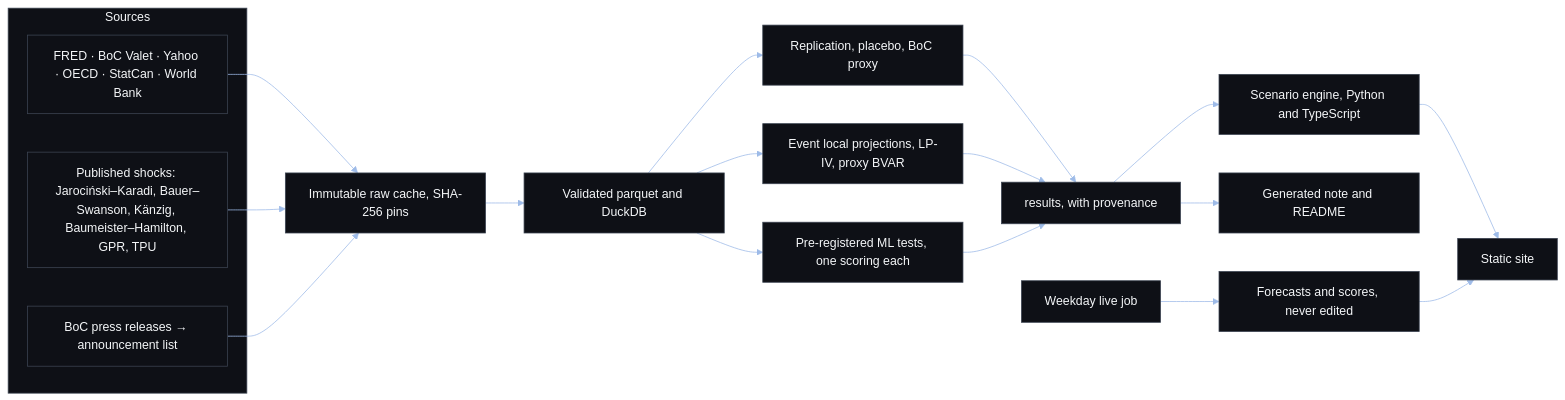
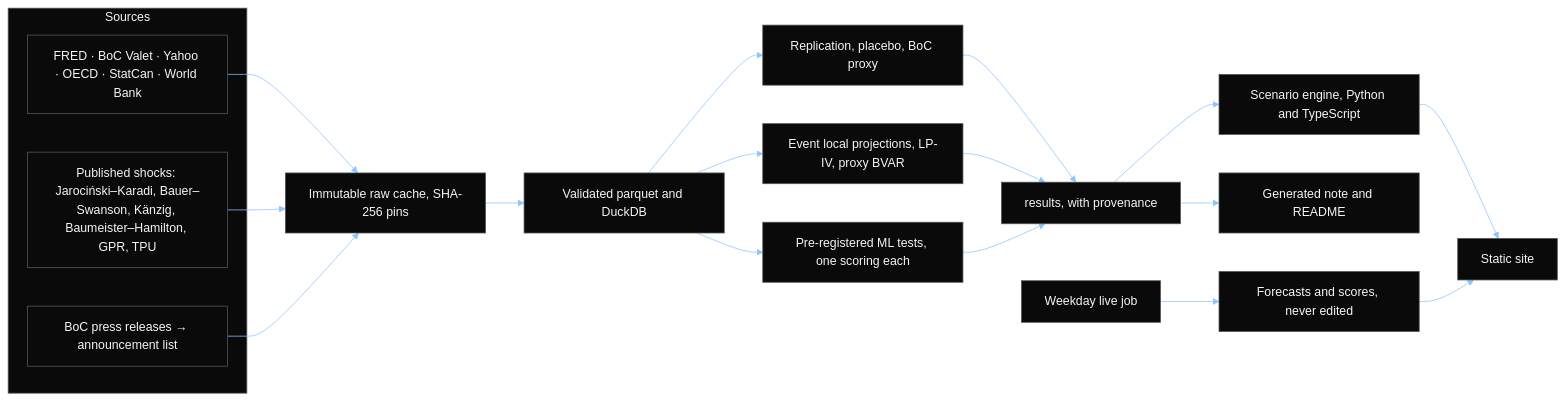
Before and after one commit to shmorsi/world-shock-lab: the diagram in README.md, drawn with Mermaid. The commit also changed other lines of this file and 20 other files, not shown here.

````diff
--- a/README.md
+++ b/README.md
@@ -37,24 +37,24 @@
 ```mermaid
-%%{init: {"theme": "base", "themeVariables": {"darkMode": true, "background": "#07080c", "primaryColor": "#0e1016", "primaryTextColor": "#f4f6f8", "primaryBorderColor": "#3c4452", "lineColor": "#9ebbe8", "secondaryColor": "#141820", "tertiaryColor": "#141820", "clusterBkg": "#0e1016", "clusterBorder": "#3c4452", "titleColor": "#f4f6f8", "edgeLabelBackground": "#07080c", "fontFamily": "Inter, Helvetica Neue, Arial, sans-serif"}}}%%
+%%{init: {"theme": "base", "themeVariables": {"darkMode": true, "background": "#000000", "primaryColor": "#0a0a0a", "primaryTextColor": "#f5f5f7", "primaryBorderColor": "#575757", "lineColor": "#8ec5ff", "secondaryColor": "#111113", "tertiaryColor": "#111113", "clusterBkg": "#0a0a0a", "clusterBorder": "#575757", "titleColor": "#f5f5f7", "edgeLabelBackground": "#000000", "fontFamily": "Inter Tight, Helvetica Neue, Arial, sans-serif"}}}%%
 flowchart LR
   subgraph S[Sources]
     A["FRED · BoC Valet · Yahoo · OECD · StatCan · World Bank"]
     B["Published shocks: Jarociński–Karadi, Bauer–Swanson, Känzig, Baumeister–Hamilton, GPR, TPU"]
     C["BoC press releases → announcement list"]
   end
   A --> D["Immutable raw cache, SHA-256 pins"]
   B --> D
   C --> D
   D --> E["Validated parquet and DuckDB"]
   E --> F["Replication, placebo, BoC proxy"]
   E --> G["Event local projections, LP-IV, proxy BVAR"]
   E --> H["Pre-registered ML tests, one scoring each"]
   F --> I["results, with provenance"]
   G --> I
   H --> I
   I --> J["Scenario engine, Python and TypeScript"]
   J --> K["Static site"]
   I --> L["Generated note and README"]
   M["Weekday live job"] --> N["Forecasts and scores, never edited"]
   N --> K
 ```
````
